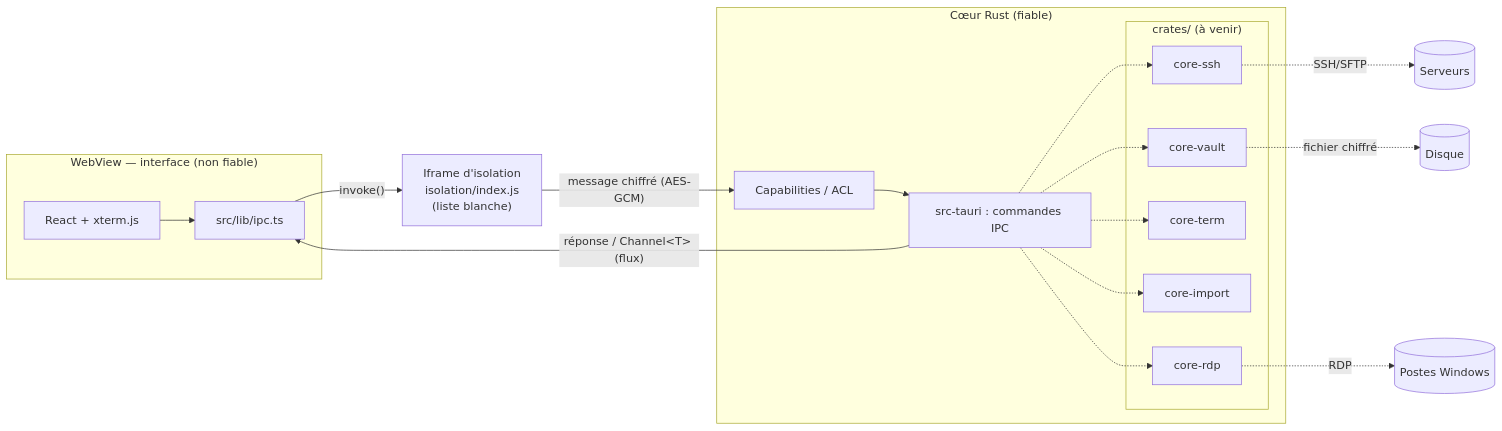
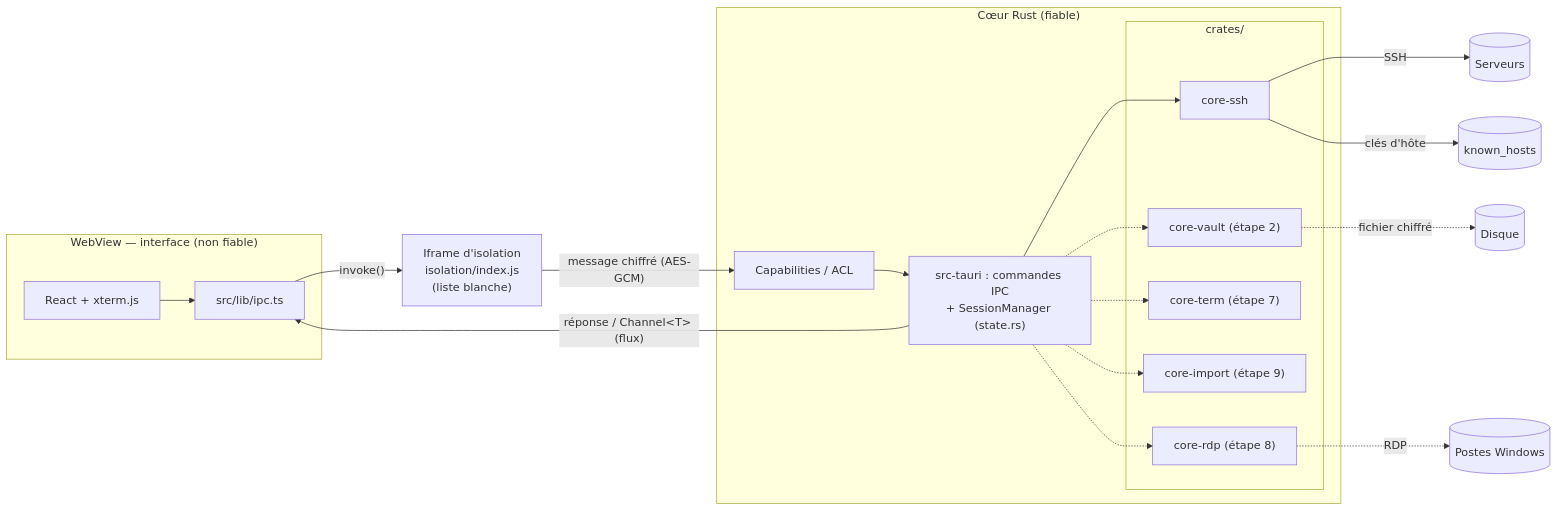
One commit to mlft9/vigie changed the first of 3 diagrams in docs/ARCHITECTURE.md. Above: the diagram before and after it, drawn with Mermaid. The commit also changed other lines of this file and 5 other files, not shown here.

First line of the commit message:
docs: documente l'étape 1 (architecture, ADR-018 à 024, changelog, tests)

````diff
--- a/docs/ARCHITECTURE.md
+++ b/docs/ARCHITECTURE.md
@@ -11,28 +11,30 @@
 ```mermaid
 flowchart LR
     subgraph WebView["WebView — interface (non fiable)"]
         UI[React + xterm.js]
         IPCJS[src/lib/ipc.ts]
         UI --> IPCJS
     end
     ISO["Iframe d'isolation<br/>isolation/index.js<br/>(liste blanche)"]
     subgraph Core["Cœur Rust (fiable)"]
         ACL[Capabilities / ACL]
-        CMD[src-tauri : commandes IPC]
+        CMD["src-tauri : commandes IPC<br/>+ SessionManager (state.rs)"]
         ACL --> CMD
-        subgraph Crates["crates/ (à venir)"]
+        subgraph Crates["crates/"]
             SSH[core-ssh]
-            VAULT[core-vault]
-            TERM[core-term]
-            IMP[core-import]
-            RDP[core-rdp]
+            VAULT["core-vault (étape 2)"]
+            TERM["core-term (étape 7)"]
+            IMP["core-import (étape 9)"]
+            RDP["core-rdp (étape 8)"]
         end
-        CMD -.-> SSH & VAULT & TERM & IMP & RDP
+        CMD --> SSH
+        CMD -.-> VAULT & TERM & IMP & RDP
     end
     IPCJS -- "invoke()" --> ISO
     ISO -- "message chiffré (AES-GCM)" --> ACL
     CMD -- "réponse / Channel&lt;T&gt; (flux)" --> IPCJS
-    SSH -. SSH/SFTP .-> SRV[(Serveurs)]
+    SSH -- SSH --> SRV[(Serveurs)]
+    SSH -- "clés d'hôte" --> KH[(known_hosts)]
     RDP -. RDP .-> WIN[(Postes Windows)]
     VAULT -. "fichier chiffré" .-> DISK[(Disque)]
 ```
````
